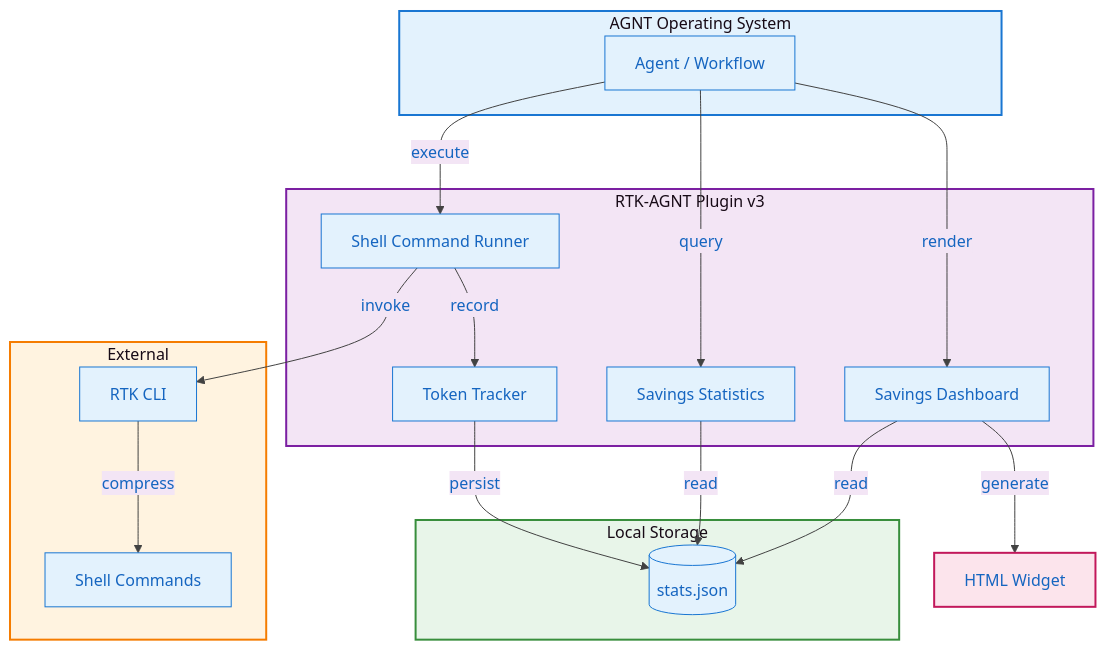
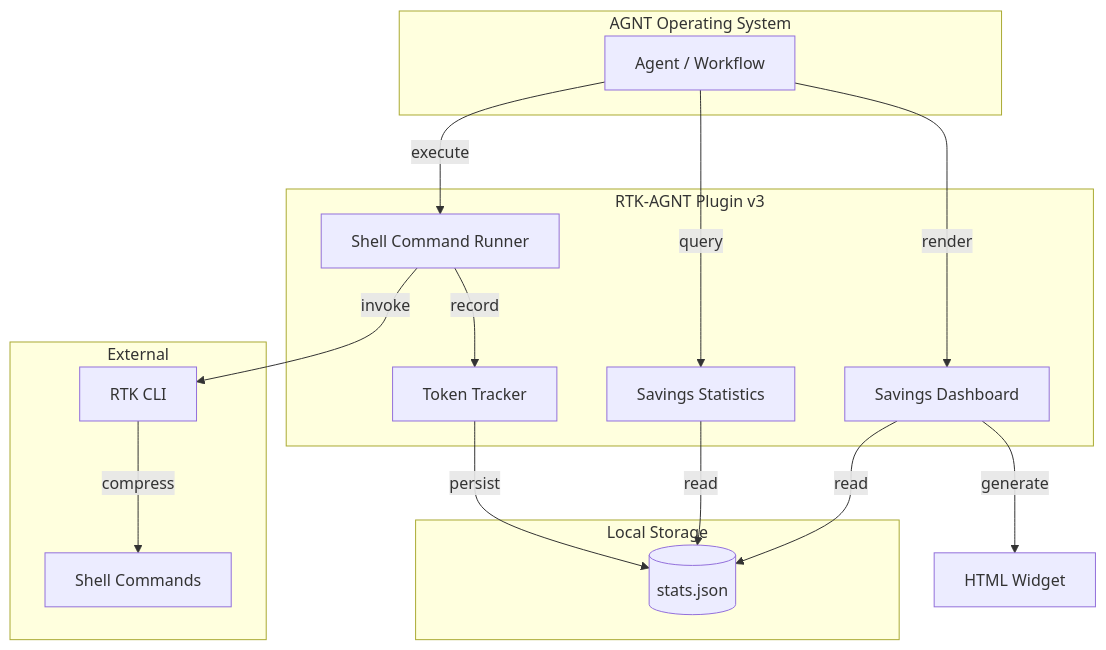
Before and after one commit to unRekable/rtk-agnt-integration: the first of 2 diagrams in README.md, drawn with Mermaid. The commit also changed other lines of this file, not shown here.

Commit message:
docs: professional README with mermaid and production workflow

````diff
--- a/README.md
+++ b/README.md
@@ -115,40 +13,33 @@
 ```mermaid
-%%{init: {'theme': 'base', 'themeVariables': { 'primaryColor': '#e3f2fd', 'primaryTextColor': '#1565c0', 'primaryBorderColor': '#1976d2', 'lineColor': '#424242', 'secondaryColor': '#f3e5f5', 'tertiaryColor': '#e8f5e9'}}}%%
 graph TD
     subgraph AGNT["AGNT Operating System"]
         A[Agent / Workflow]
     end
 
     subgraph Plugin["RTK-AGNT Plugin v3"]
         B[Shell Command Runner]
         C[Savings Statistics]
         D[Savings Dashboard]
         F[Token Tracker]
     end
 
     subgraph Persistence["Local Storage"]
         G[(stats.json)]
     end
 
     subgraph External["External"]
         E[RTK CLI]
         H[Shell Commands]
     end
 
     A -->|execute| B
     A -->|query| C
     A -->|render| D
     B -->|invoke| E
     E -->|compress| H
     B -->|record| F
     F -->|persist| G
     C -->|read| G
     D -->|read| G
     D -->|generate| I[HTML Widget]
-
-    style AGNT fill:#e3f2fd,stroke:#1976d2,stroke-width:2px
-    style Plugin fill:#f3e5f5,stroke:#7b1fa2,stroke-width:2px
-    style Persistence fill:#e8f5e9,stroke:#388e3c,stroke-width:2px
-    style External fill:#fff3e0,stroke:#f57c00,stroke-width:2px
-    style I fill:#fce4ec,stroke:#c2185b,stroke-width:2px
 ```
````
